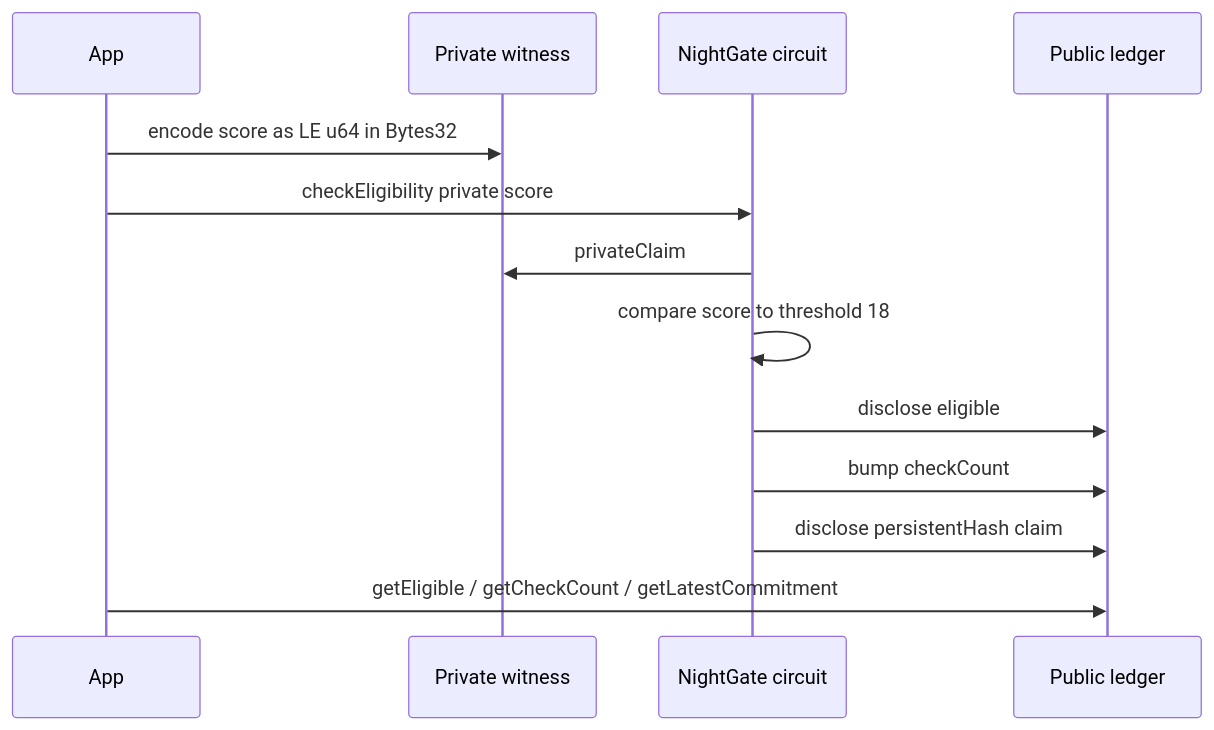
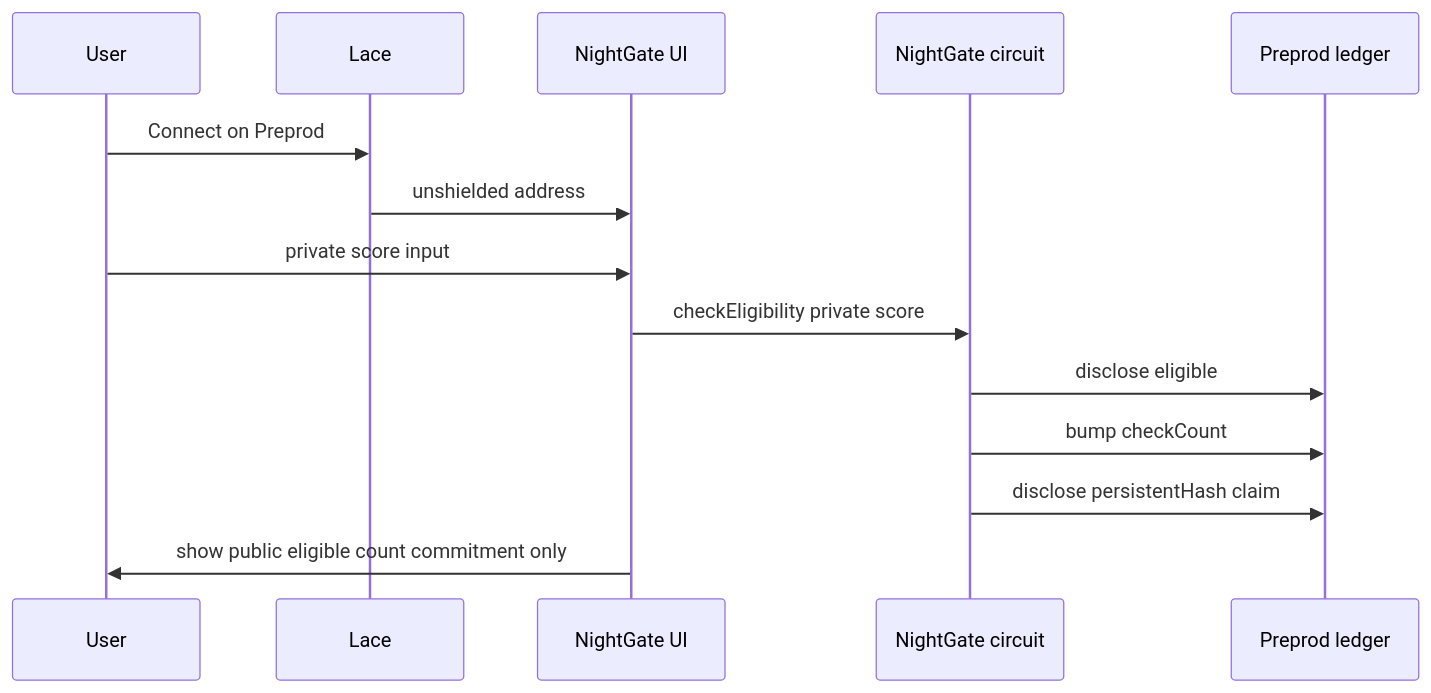
The second of 2 diagrams in README.md (manojaggarwal812/night-gate), drawn with Mermaid before and after one commit. The commit also changed other lines of this file, not shown here.

Commit message:
Document Level 2 Lace Preprod flow privacy claim and live demo

````diff
--- a/README.md
+++ b/README.md
@@ -48,16 +53,17 @@
 ```mermaid
 sequenceDiagram
-  participant App
-  participant Witness as Private witness
+  participant User
+  participant Lace
+  participant UI as NightGate UI
   participant Circuit as NightGate circuit
-  participant Ledger as Public ledger
+  participant Ledger as Preprod ledger
 
-  App->>Witness: encode score as LE u64 in Bytes32
-  App->>Circuit: checkEligibility private score
-  Circuit->>Witness: privateClaim
-  Circuit->>Circuit: compare score to threshold 18
+  User->>Lace: Connect on Preprod
+  Lace->>UI: unshielded address
+  User->>UI: private score input
+  UI->>Circuit: checkEligibility private score
   Circuit->>Ledger: disclose eligible
   Circuit->>Ledger: bump checkCount
   Circuit->>Ledger: disclose persistentHash claim
-  App->>Ledger: getEligible / getCheckCount / getLatestCommitment
+  UI->>User: show public eligible count commitment only
 ```
````
